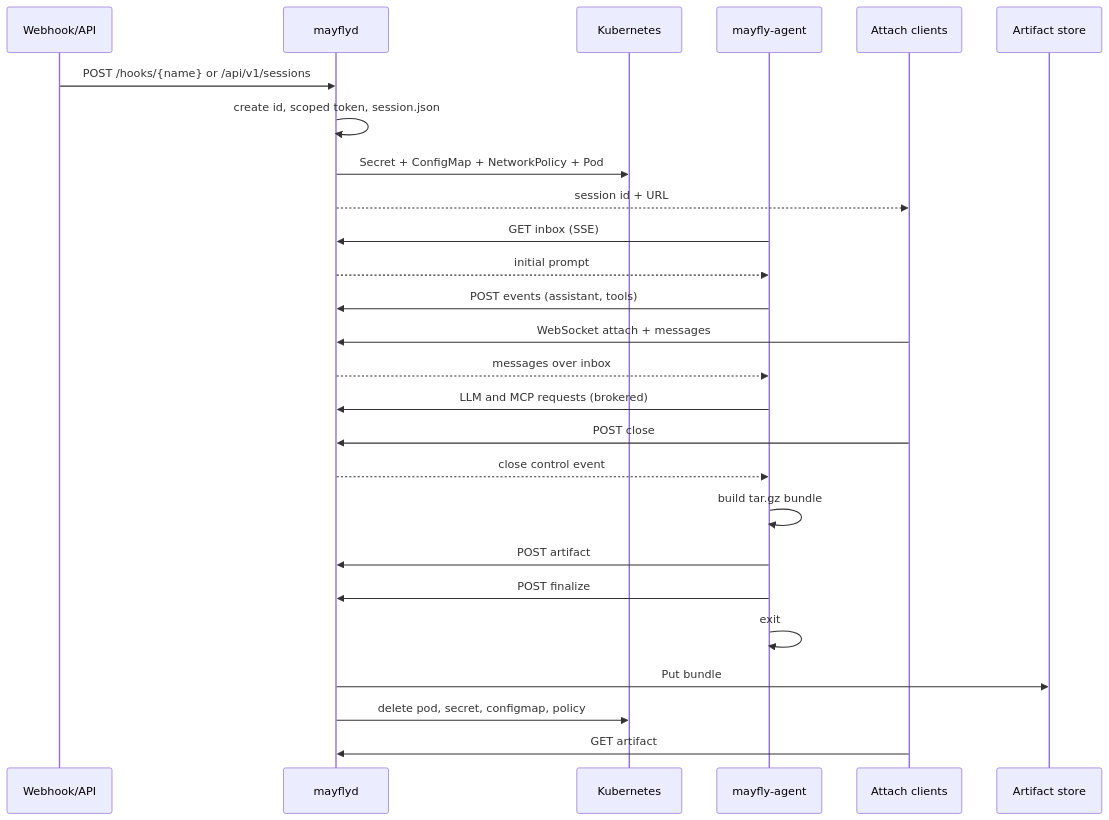
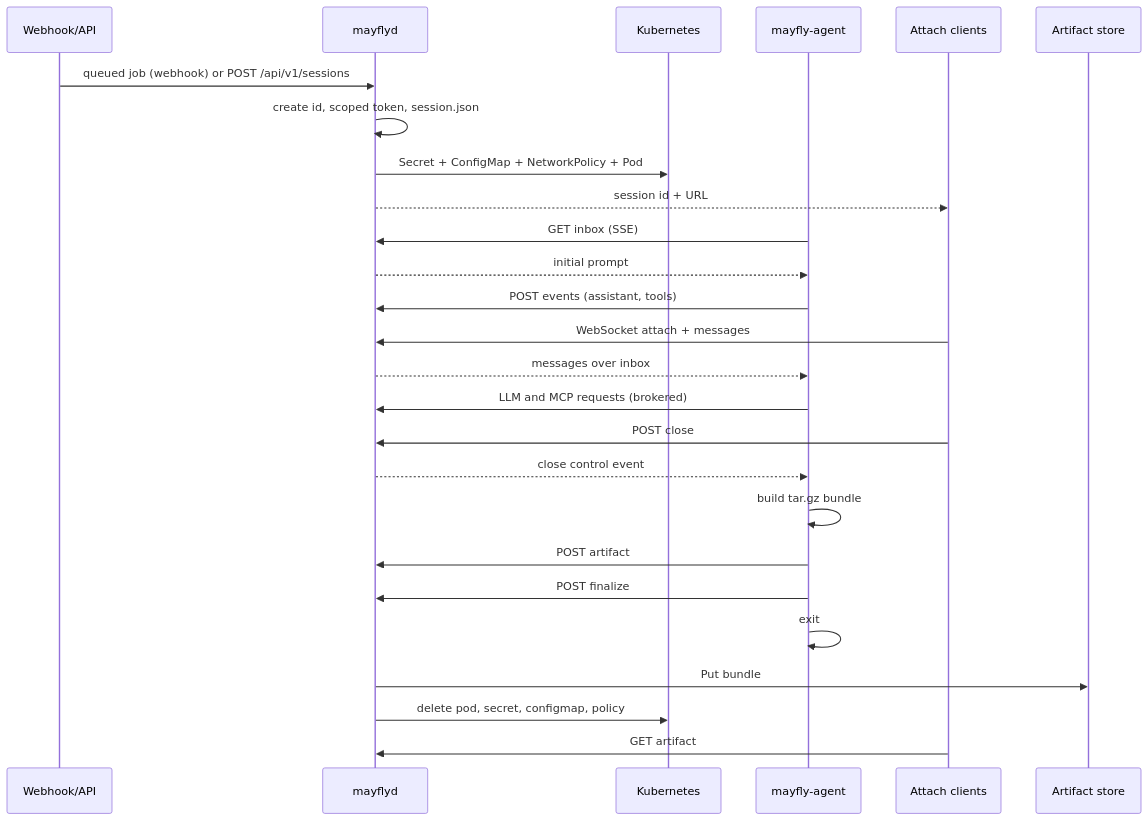
The second of 2 diagrams in docs/architecture.md (hayfever/mayfly), drawn with Mermaid before and after one commit. The commit also changed other lines of this file and 31 other files, not shown here.

````diff
--- a/docs/architecture.md
+++ b/docs/architecture.md
@@ -28,29 +60,29 @@
 ```mermaid
 sequenceDiagram
   participant Hook as Webhook/API
   participant CP as mayflyd
   participant K8s as Kubernetes
   participant A as mayfly-agent
   participant UI as Attach clients
   participant Store as Artifact store
 
-  Hook->>CP: POST /hooks/{name} or /api/v1/sessions
+  Hook->>CP: queued job (webhook) or POST /api/v1/sessions
   CP->>CP: create id, scoped token, session.json
   CP->>K8s: Secret + ConfigMap + NetworkPolicy + Pod
   CP-->>UI: session id + URL
   A->>CP: GET inbox (SSE)
   CP-->>A: initial prompt
   A->>CP: POST events (assistant, tools)
   UI->>CP: WebSocket attach + messages
   CP-->>A: messages over inbox
   A->>CP: LLM and MCP requests (brokered)
   UI->>CP: POST close
   CP-->>A: close control event
   A->>A: build tar.gz bundle
   A->>CP: POST artifact
   A->>CP: POST finalize
   A->>A: exit
   CP->>Store: Put bundle
   CP->>K8s: delete pod, secret, configmap, policy
   UI->>CP: GET artifact
 ```
````
